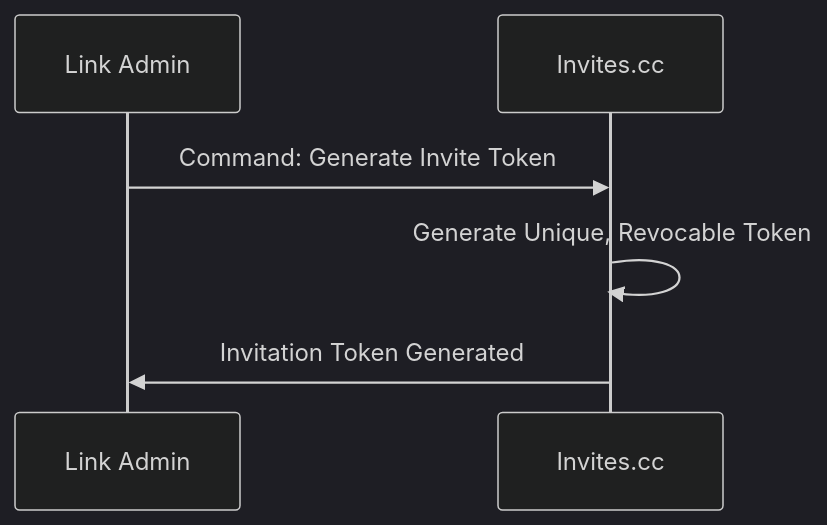
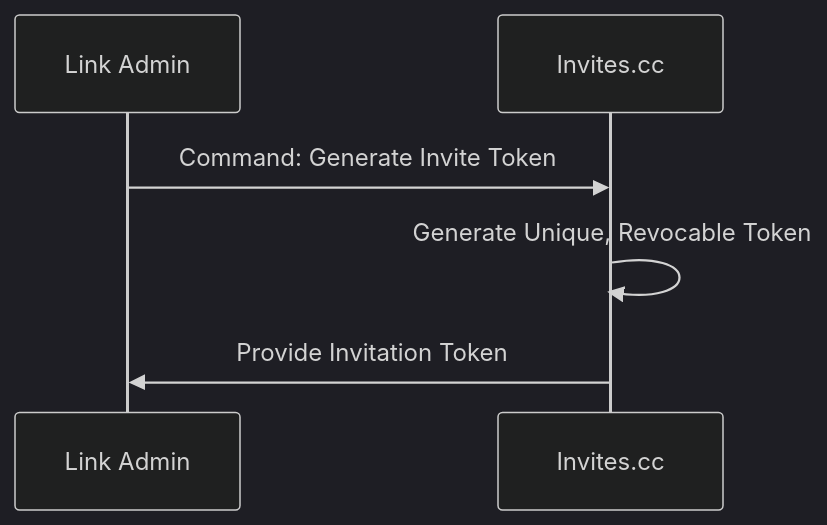
One commit to ichilabs/invites.cc changed the third of 13 diagrams in docs/design-doc.md. Above: the diagram before and after it, drawn with Mermaid (dark theme). The commit also changed other lines of this file, not shown here.

````diff
--- a/docs/design-doc.md
+++ b/docs/design-doc.md
@@ -62,8 +198,9 @@
 ```mermaid
 sequenceDiagram
     participant Admin as Link Admin
     participant Invites as Invites.cc
+    
     Admin ->> Invites: Command: Generate Invite Token
     Invites ->> Invites: Generate Unique, Revocable Token
-    Invites ->> Admin: Invitation Token Generated
+    Invites ->> Admin: Provide Invitation Token
 ```
````
